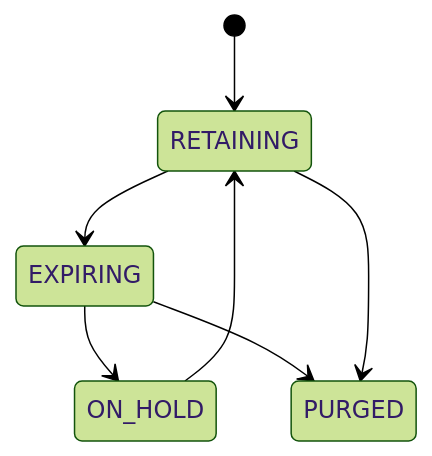
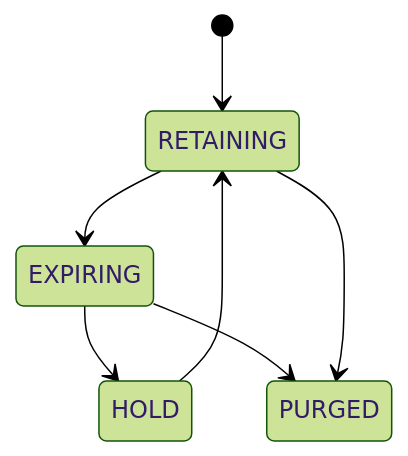
The second of 2 diagrams in docs/data/retention.md (D-engahmed/OMILINKS), drawn with Mermaid (forest theme) before and after one commit. The commit also changed other lines of this file and 3 other files, not shown here.

```diff
--- a/docs/data/retention.md
+++ b/docs/data/retention.md
@@ -113,9 +101,9 @@
 ~~~mermaid
 stateDiagram-v2
     [*] --> RETAINING
     RETAINING --> EXPIRING
-    EXPIRING --> ON_HOLD
-    ON_HOLD --> RETAINING
+    EXPIRING --> HOLD
+    HOLD --> RETAINING
     EXPIRING --> PURGED
     RETAINING --> PURGED
 ~~~
```
